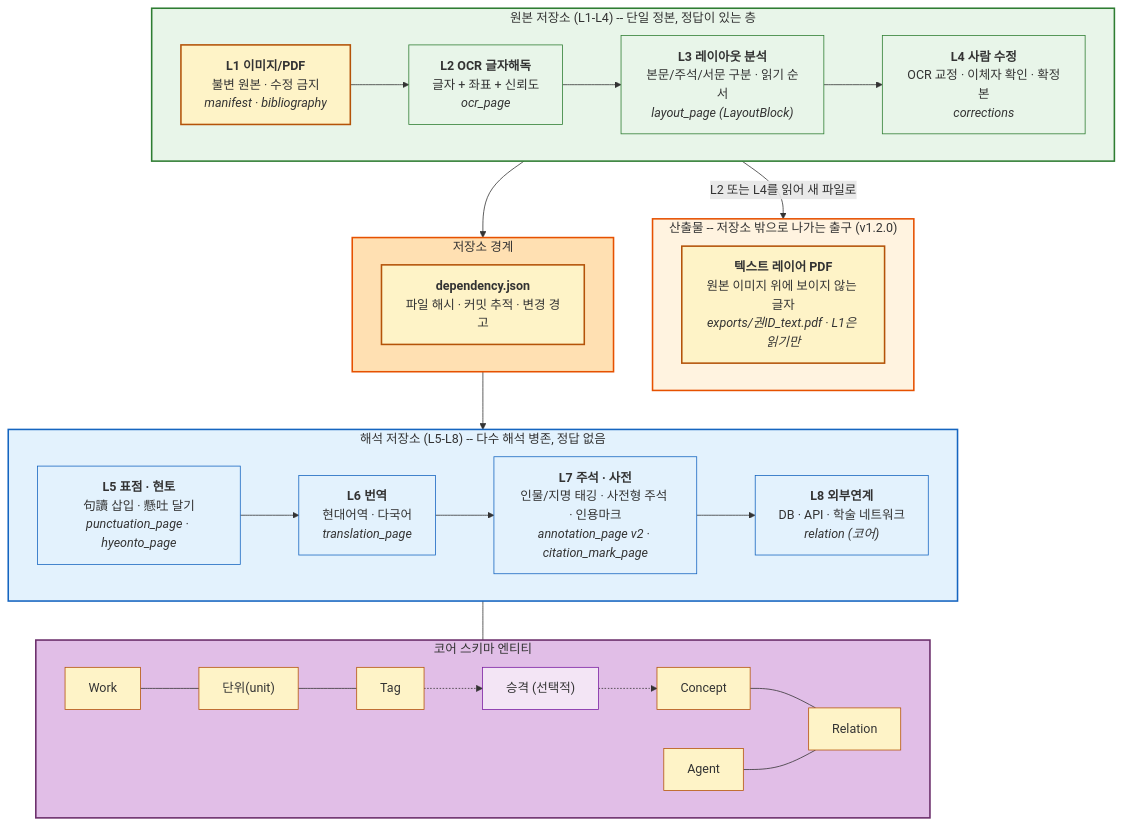
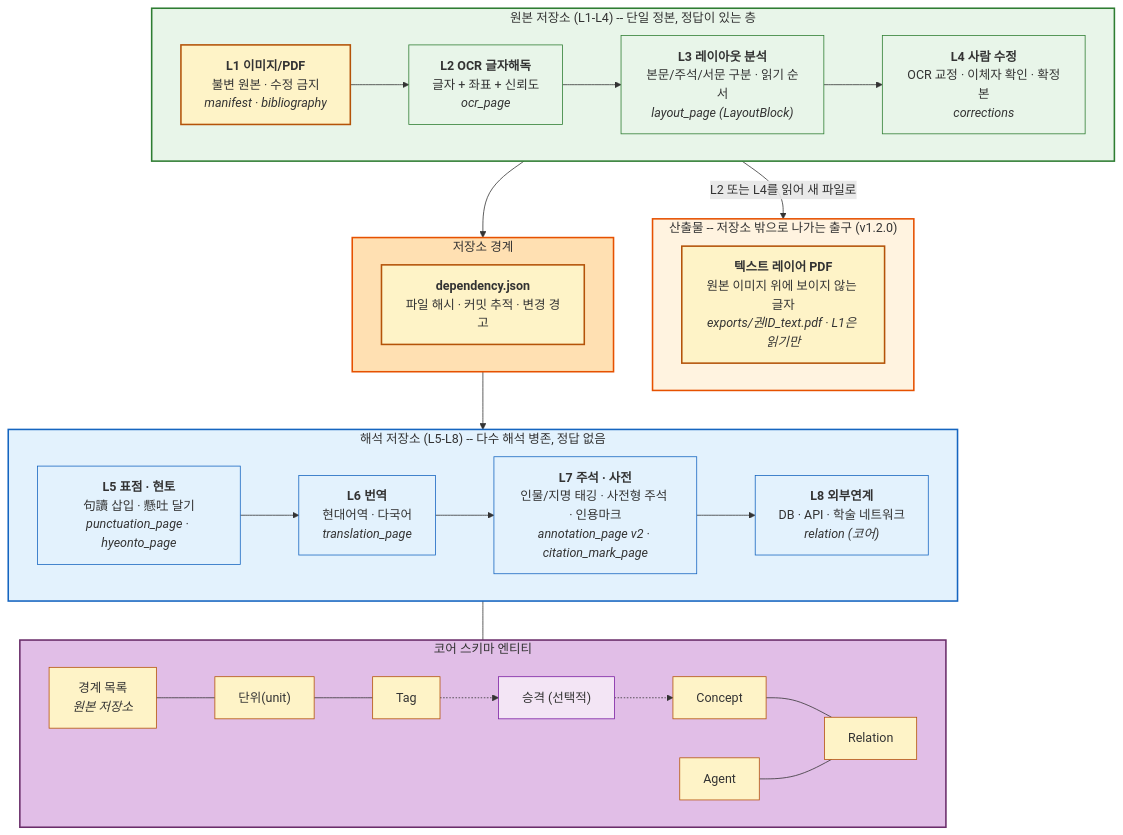
One commit to hw725/classical-text-browser changed the first of 13 diagrams in docs/architecture-diagrams.md. Above: the diagram before and after it, drawn with Mermaid. The commit also changed other lines of this file and 25 other files, not shown here.

````diff
--- a/docs/architecture-diagrams.md
+++ b/docs/architecture-diagrams.md
@@ -32,69 +32,69 @@
 ```mermaid
 flowchart TB
     subgraph SOURCE["원본 저장소 (L1-L4) -- 단일 정본, 정답이 있는 층"]
         direction LR
         L1["<b>L1 이미지/PDF</b><br/>불변 원본 · 수정 금지<br/><i>manifest · bibliography</i>"]
         L2["<b>L2 OCR 글자해독</b><br/>글자 + 좌표 + 신뢰도<br/><i>ocr_page</i>"]
         L3["<b>L3 레이아웃 분석</b><br/>본문/주석/서문 구분 · 읽기 순서<br/><i>layout_page (LayoutBlock)</i>"]
         L4["<b>L4 사람 수정</b><br/>OCR 교정 · 이체자 확인 · 확정본<br/><i>corrections</i>"]
         L1 --> L2 --> L3 --> L4
     end
 
     subgraph OUT["산출물 -- 저장소 밖으로 나가는 출구 (v1.2.0)"]
         EXPDF["<b>텍스트 레이어 PDF</b><br/>원본 이미지 위에 보이지 않는 글자<br/><i>exports/권ID_text.pdf · L1은 읽기만</i>"]
     end
 
     subgraph BOUNDARY["저장소 경계"]
         DEP["<b>dependency.json</b><br/>파일 해시 · 커밋 추적 · 변경 경고"]
     end
 
     subgraph INTERP["해석 저장소 (L5-L8) -- 다수 해석 병존, 정답 없음"]
         direction LR
         L5["<b>L5 표점 · 현토</b><br/>句讀 삽입 · 懸吐 달기<br/><i>punctuation_page · hyeonto_page</i>"]
         L6["<b>L6 번역</b><br/>현대어역 · 다국어<br/><i>translation_page</i>"]
         L7["<b>L7 주석 · 사전</b><br/>인물/지명 태깅 · 사전형 주석 · 인용마크<br/><i>annotation_page v2 · citation_mark_page</i>"]
         L8["<b>L8 외부연계</b><br/>DB · API · 학술 네트워크<br/><i>relation (코어)</i>"]
         L5 --> L6 --> L7 --> L8
     end
 
     subgraph CORE["코어 스키마 엔티티"]
-        Work["Work"]
+        BND["경계 목록<br/><i>원본 저장소</i>"]
         Unit["단위(unit)"]
         Tag["Tag"]
         PROMO["승격 (선택적)"]
         Concept["Concept"]
         Agent["Agent"]
         Relation["Relation"]
-        Work --- Unit --- Tag
+        BND --- Unit --- Tag
         Tag -.-> PROMO -.-> Concept
         Concept --- Relation
         Agent --- Relation
     end
 
     SOURCE --> BOUNDARY --> INTERP
     INTERP --- CORE
     SOURCE -->|"L2 또는 L4를 읽어 새 파일로"| OUT
 
     style OUT fill:#fff3e0,stroke:#e65100,stroke-width:2px
     style EXPDF fill:#fef3c7,stroke:#b45309,stroke-width:2px
     style SOURCE fill:#e8f5e9,stroke:#2e7d32,stroke-width:2px
     style L1 fill:#fef3c7,stroke:#b45309,stroke-width:2px
     style L2 fill:#e8f5e9,stroke:#2e7d32
     style L3 fill:#e8f5e9,stroke:#2e7d32
     style L4 fill:#e8f5e9,stroke:#2e7d32
     style BOUNDARY fill:#ffe0b2,stroke:#e65100,stroke-width:2px
     style DEP fill:#fef3c7,stroke:#b45309,stroke-width:2px
     style INTERP fill:#e3f2fd,stroke:#1565c0,stroke-width:2px
     style L5 fill:#e3f2fd,stroke:#1565c0
     style L6 fill:#e3f2fd,stroke:#1565c0
     style L7 fill:#e3f2fd,stroke:#1565c0
     style L8 fill:#e3f2fd,stroke:#1565c0
     style CORE fill:#e1bee7,stroke:#6a2d6a,stroke-width:2px
-    style Work fill:#fef3c7,stroke:#b45309
+    style BND fill:#fef3c7,stroke:#b45309
     style Unit fill:#fef3c7,stroke:#b45309
     style Tag fill:#fef3c7,stroke:#b45309
     style Concept fill:#fef3c7,stroke:#b45309
     style Agent fill:#fef3c7,stroke:#b45309
     style Relation fill:#fef3c7,stroke:#b45309
     style PROMO fill:#f3e5f5,stroke:#7b1fa2
 ```
````
